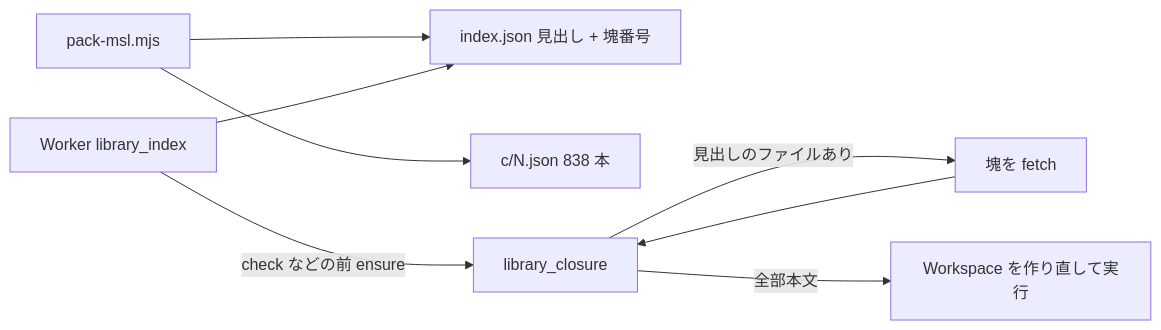
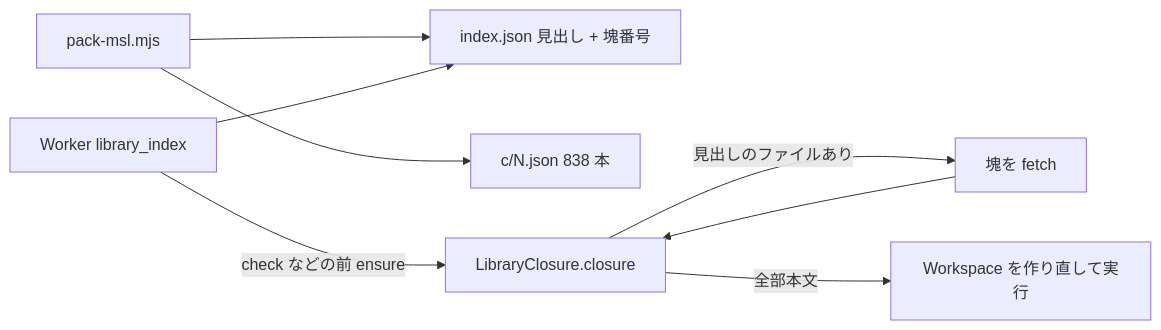
The diagram in doc/sessions/S301-msl-split-delivery/解説書.md (asari300/20261018_GlobeMode), drawn with Mermaid before and after one commit. The commit also changed other lines of this file and 12 other files, not shown here.

````diff
--- a/doc/sessions/S301-msl-split-delivery/解説書.md
+++ b/doc/sessions/S301-msl-split-delivery/解説書.md
@@ -31,10 +31,10 @@
 ```mermaid
 flowchart LR
   P[pack-msl.mjs] --> I[index.json 見出し + 塊番号]
   P --> C[c/N.json 838 本]
   W[Worker library_index] --> I
-  W -->|check などの前 ensure| L[library_closure]
+  W -->|check などの前 ensure| L[LibraryClosure.closure]
   L -->|見出しのファイルあり| F[塊を fetch]
   F --> L
   L -->|全部本文| R[Workspace を作り直して実行]
 ```
````
